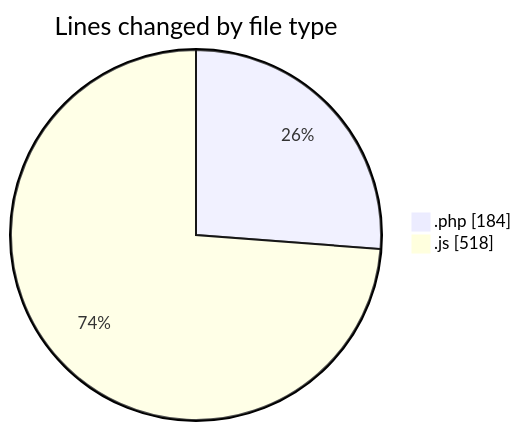
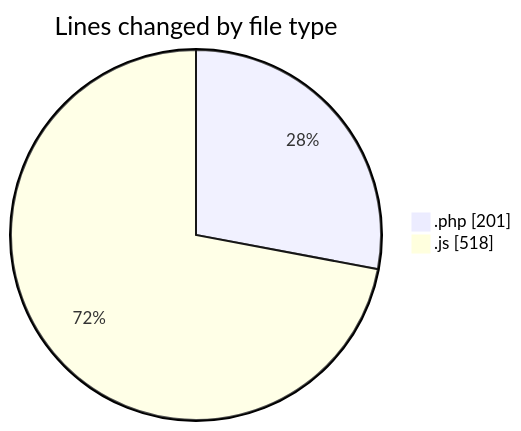
Before and after one commit to debugP/code-tracking: the first of 2 diagrams in 2025-09-29/untitled__workspace_/README.md, drawn with Mermaid. The commit also changed other lines of this file and 1 other file, not shown here.

````diff
--- a/2025-09-29/untitled__workspace_/README.md
+++ b/2025-09-29/untitled__workspace_/README.md
@@ -21,6 +21,6 @@
 ```mermaid
 pie showData
 title Lines changed by file type
-".php" : 184
+".php" : 201
 ".js" : 518
 ```
````
